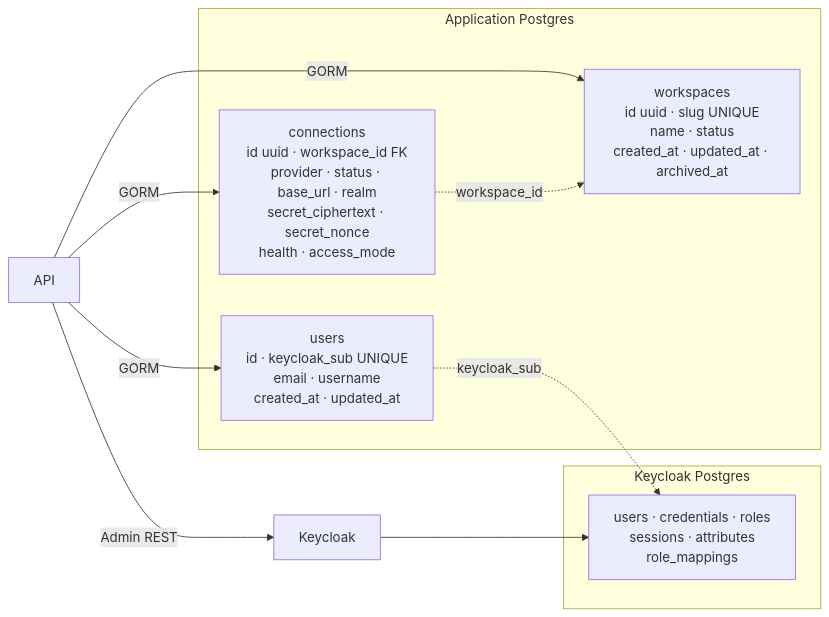
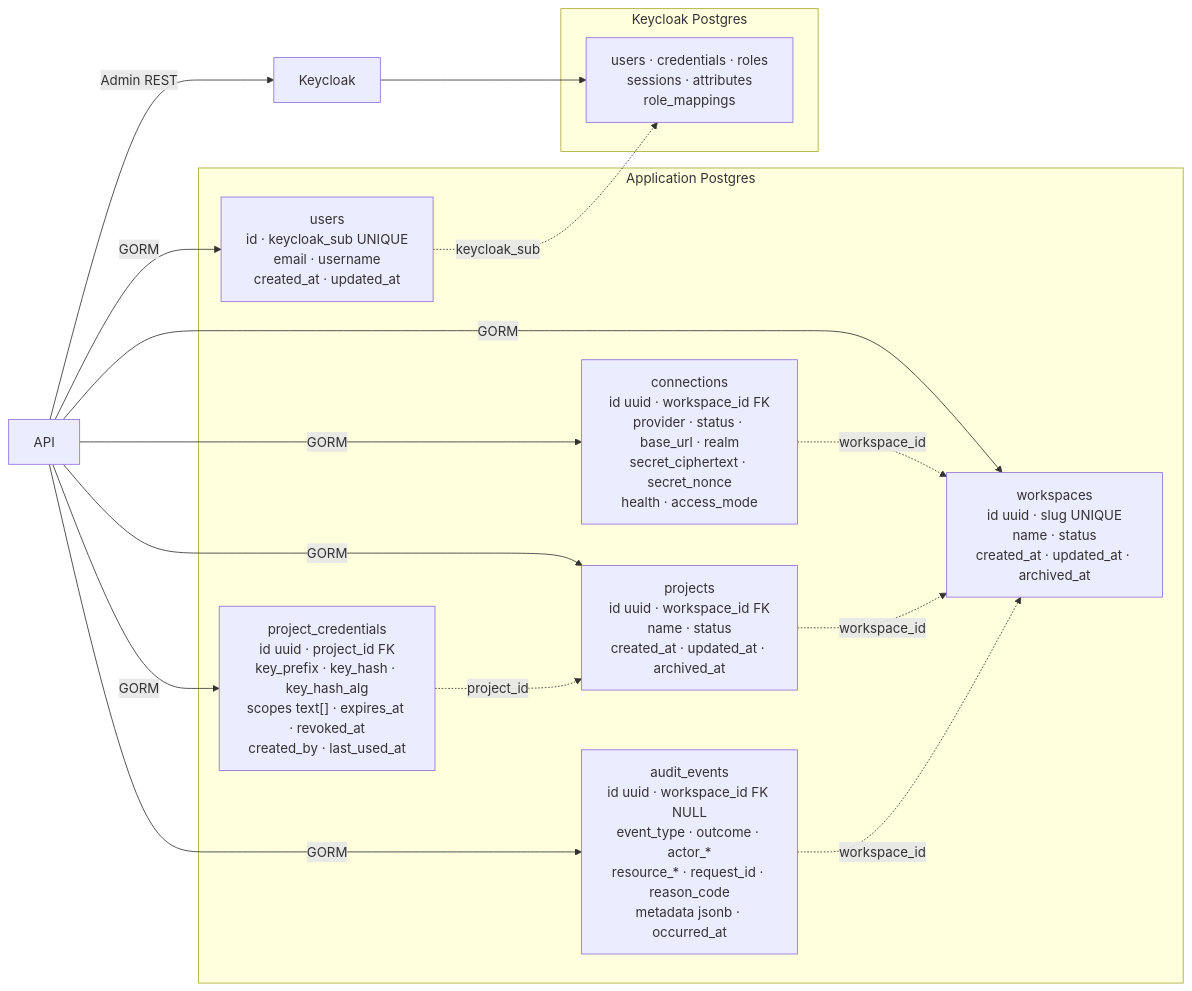
Before and after one commit to JoaoGabrielVianna/lightweight-saas-backend: the eighth of 10 diagrams in docs/ARCHITECTURE.md, drawn with Mermaid. The commit also changed other lines of this file and 3 other files, not shown here.

First line of the commit message:
docs: correct the architecture, status and feature inventory

````diff
--- a/docs/ARCHITECTURE.md
+++ b/docs/ARCHITECTURE.md
@@ -593,17 +593,26 @@
 ```mermaid
 flowchart LR
     subgraph app["Application Postgres"]
         U["users<br/>id · keycloak_sub UNIQUE<br/>email · username<br/>created_at · updated_at"]
         W["workspaces<br/>id uuid · slug UNIQUE<br/>name · status<br/>created_at · updated_at · archived_at"]
         C["connections<br/>id uuid · workspace_id FK<br/>provider · status · base_url · realm<br/>secret_ciphertext · secret_nonce<br/>health · access_mode"]
+        P["projects<br/>id uuid · workspace_id FK<br/>name · status<br/>created_at · updated_at · archived_at"]
+        PC["project_credentials<br/>id uuid · project_id FK<br/>key_prefix · key_hash · key_hash_alg<br/>scopes text[] · expires_at · revoked_at<br/>created_by · last_used_at"]
+        AE["audit_events<br/>id uuid · workspace_id FK NULL<br/>event_type · outcome · actor_*<br/>resource_* · request_id · reason_code<br/>metadata jsonb · occurred_at"]
     end
     subgraph kcdb["Keycloak Postgres"]
         K["users · credentials · roles<br/>sessions · attributes<br/>role_mappings"]
     end
     API["API"] -->|GORM| U
     API -->|GORM| W
     API -->|GORM| C
+    API -->|GORM| P
+    API -->|GORM| PC
+    API -->|GORM| AE
     C -.->|workspace_id| W
+    P -.->|workspace_id| W
+    PC -.->|project_id| P
+    AE -.->|workspace_id| W
     API -->|Admin REST| KCS["Keycloak"] --> K
     U -.->|keycloak_sub| K
 ```
````
